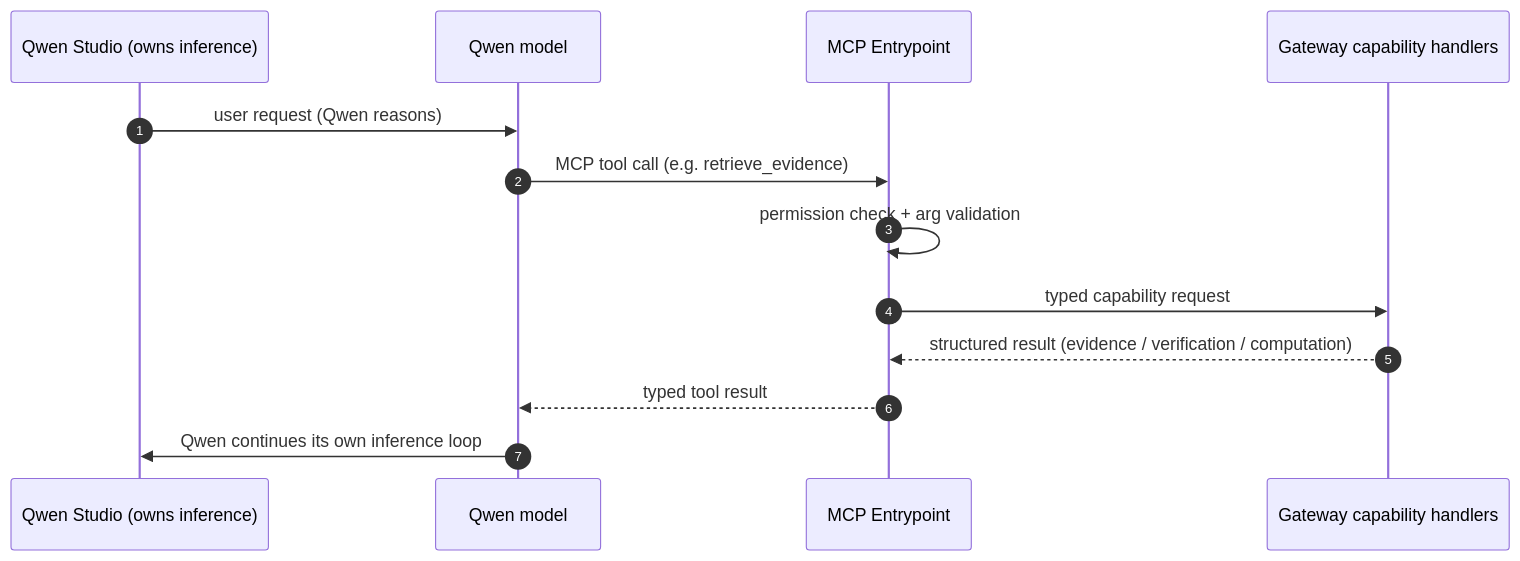
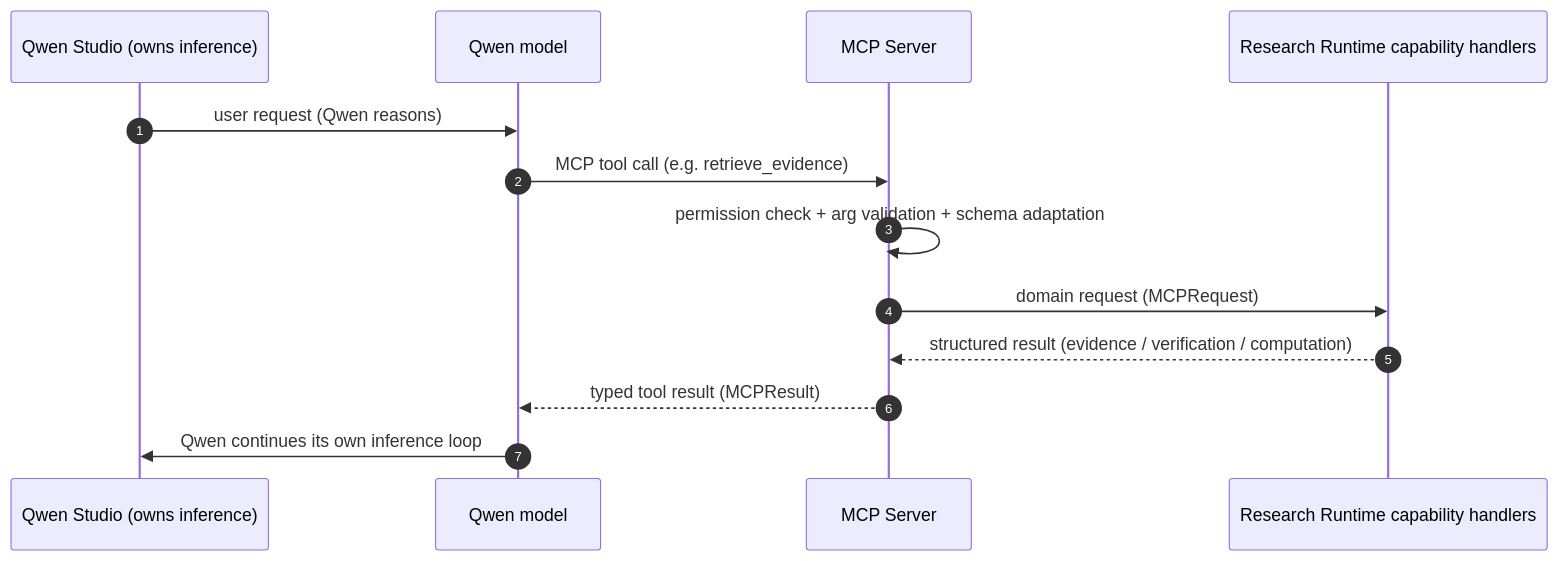
One commit to mitem743351/qwen changed the second of 3 diagrams in docs/architecture/diagrams/data-flow.md. Above: the diagram before and after it, drawn with Mermaid. The commit also changed other lines of this file and 36 other files, not shown here.

First line of the commit message:
Phase 0.75: runtime boundary and execution architecture

````diff
--- a/docs/architecture/diagrams/data-flow.md
+++ b/docs/architecture/diagrams/data-flow.md
@@ -49,16 +49,16 @@
 ```mermaid
 sequenceDiagram
     autonumber
     participant QS as Qwen Studio (owns inference)
     participant QM as Qwen model
-    participant MCP as MCP Entrypoint
-    participant GW as Gateway capability handlers
+    participant MCP as MCP Server
+    participant RR as Research Runtime capability handlers
 
     QS->>QM: user request (Qwen reasons)
     QM->>MCP: MCP tool call (e.g. retrieve_evidence)
-    MCP->>MCP: permission check + arg validation
-    MCP->>GW: typed capability request
-    GW-->>MCP: structured result (evidence / verification / computation)
-    MCP-->>QM: typed tool result
+    MCP->>MCP: permission check + arg validation + schema adaptation
+    MCP->>RR: domain request (MCPRequest)
+    RR-->>MCP: structured result (evidence / verification / computation)
+    MCP-->>QM: typed tool result (MCPResult)
     QM->>QS: Qwen continues its own inference loop
 ```
````
